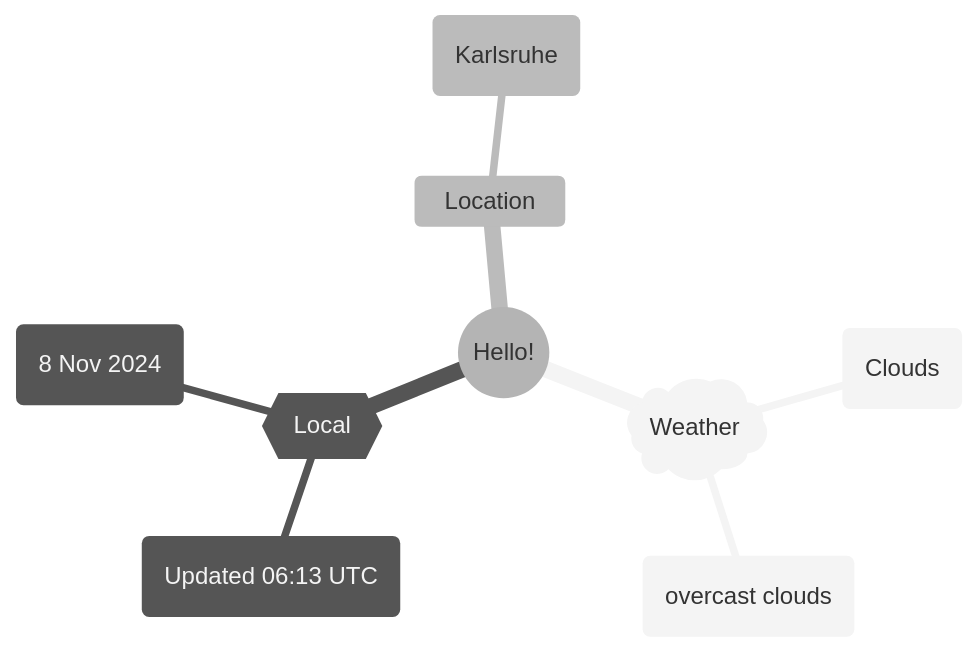
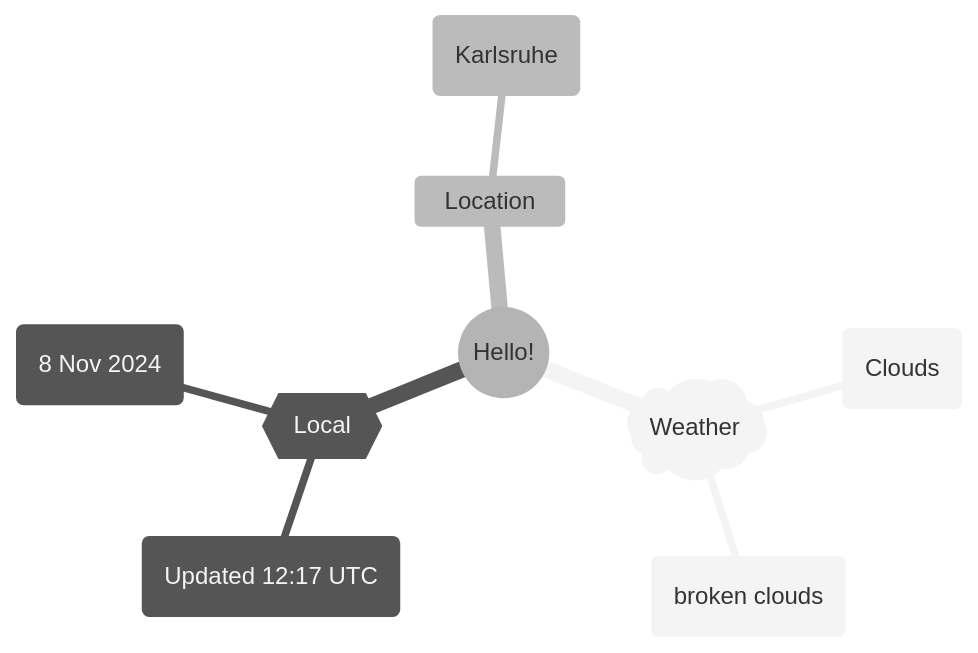
The first of 2 diagrams in README.md (Xosrov/Xosrov), drawn with Mermaid (neutral theme) before and after one commit.

Commit message:
[bot] updated images

````diff
--- a/README.md
+++ b/README.md
@@ -3,12 +3,12 @@
 ```mermaid
 mindmap
   root((Hello!))
     )Weather(
         (Clouds)
-        (overcast clouds)
+        (broken clouds)
     {{Local}}
-        (Updated 06:13 UTC)
+        (Updated 12:17 UTC)
         (8 Nov 2024)
     Location
         (Karlsruhe)
 ```
````
